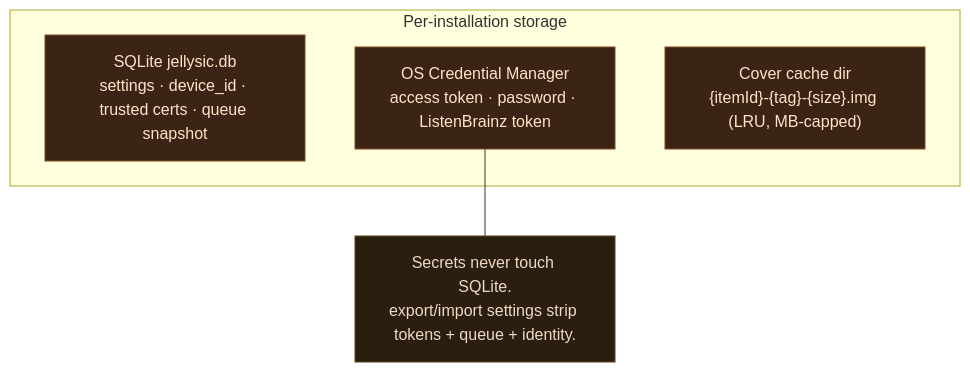
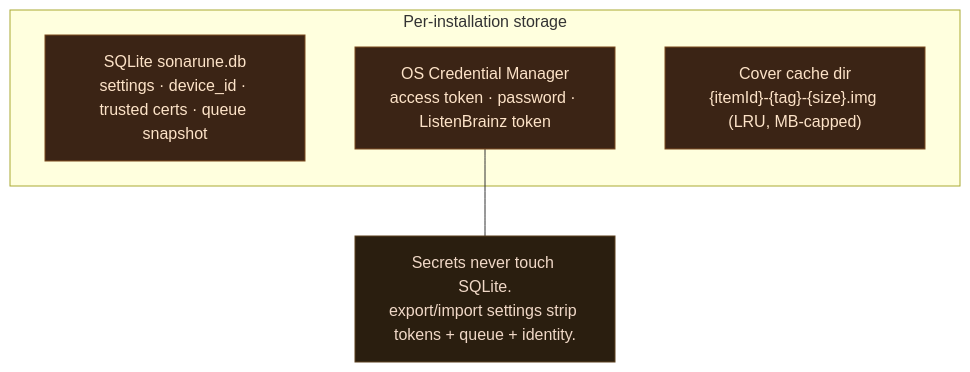
Diagram 11 of 11 in docs/architecture.md (Ariazonaa/sonarune), drawn with Mermaid before and after one commit. The commit also changed other lines of this file and 94 other files, not shown here.

````diff
--- a/docs/architecture.md
+++ b/docs/architecture.md
@@ -369,15 +369,15 @@
 ```mermaid
 flowchart TB
     subgraph DISK["Per-installation storage"]
-        SQL["SQLite jellysic.db<br/>settings · device_id · trusted certs · queue snapshot"]
+        SQL["SQLite sonarune.db<br/>settings · device_id · trusted certs · queue snapshot"]
         CRED["OS Credential Manager<br/>access token · password · ListenBrainz token"]
         CACHE["Cover cache dir<br/>{itemId}-{tag}-{size}.img (LRU, MB-capped)"]
     end
 
     NOTE["Secrets never touch SQLite.<br/>export/import settings strip tokens + queue + identity."]:::note
     CRED --- NOTE
 
     classDef box fill:#3b2415,stroke:#7c4a1e,color:#fde3c8;
     classDef note fill:#2a1e0f,stroke:#5c401f,color:#f0d8c7;
     class SQL,CRED,CACHE box;
 ```
````
